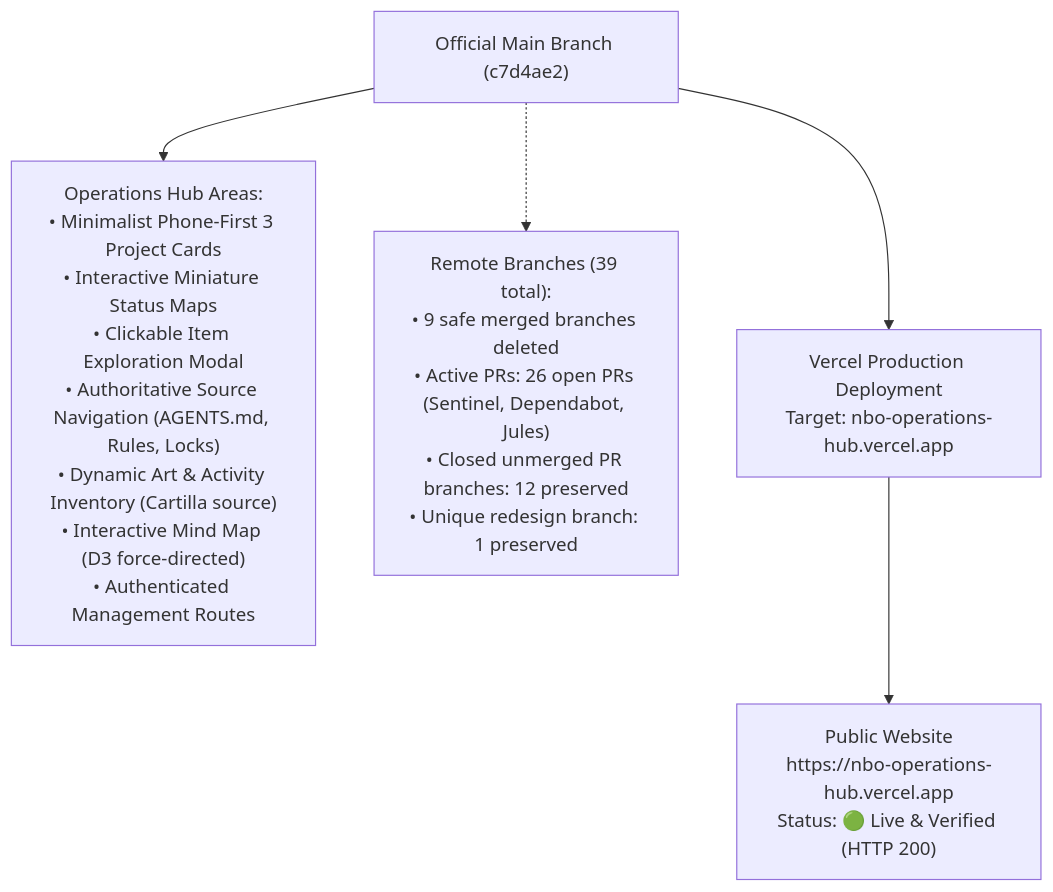
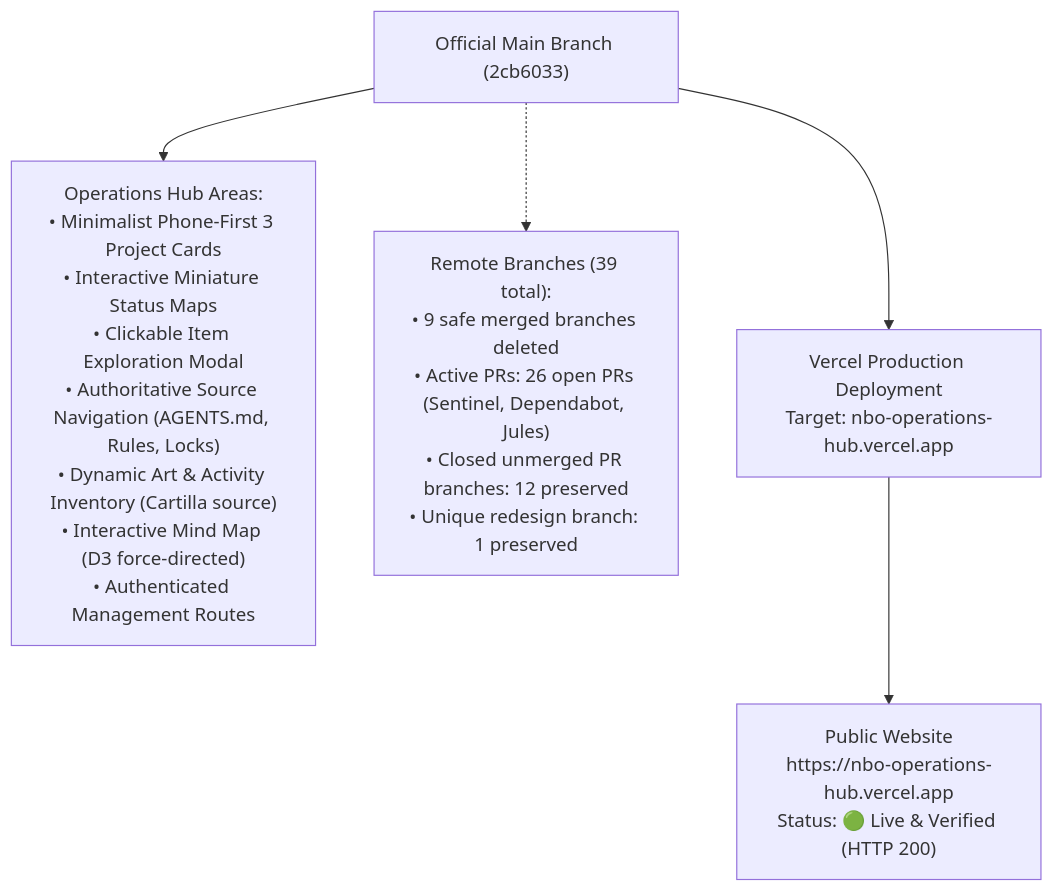
Before and after one commit to ejnburrows-rgb/Command-Center-: the first of 2 diagrams in docs/OWNER-VISUAL-STATUS.md, drawn with Mermaid. The commit also changed other lines of this file, not shown here.

Commit message:
docs: sync OWNER-VISUAL-STATUS with true main commit and Cartilla revision 27544b4d

````diff
--- a/docs/OWNER-VISUAL-STATUS.md
+++ b/docs/OWNER-VISUAL-STATUS.md
@@ -15,13 +15,13 @@
 ```mermaid
 flowchart TD
-    MAIN["Official Main Branch (c7d4ae2)"]
+    MAIN["Official Main Branch (2cb6033)"]
     AREAS["Operations Hub Areas:<br/>• Minimalist Phone-First 3 Project Cards<br/>• Interactive Miniature Status Maps<br/>• Clickable Item Exploration Modal<br/>• Authoritative Source Navigation (AGENTS.md, Rules, Locks)<br/>• Dynamic Art & Activity Inventory (Cartilla source)<br/>• Interactive Mind Map (D3 force-directed)<br/>• Authenticated Management Routes"]
     BRANCHES["Remote Branches (39 total):<br/>• 9 safe merged branches deleted<br/>• Active PRs: 26 open PRs (Sentinel, Dependabot, Jules)<br/>• Closed unmerged PR branches: 12 preserved<br/>• Unique redesign branch: 1 preserved"]
     VERCEL["Vercel Production Deployment<br/>Target: nbo-operations-hub.vercel.app"]
     LIVE["Public Website<br/>https://nbo-operations-hub.vercel.app<br/>Status: 🟢 Live & Verified (HTTP 200)"]
 
     MAIN --> AREAS
     MAIN -.-> BRANCHES
     MAIN --> VERCEL
     VERCEL --> LIVE
 ```
````
